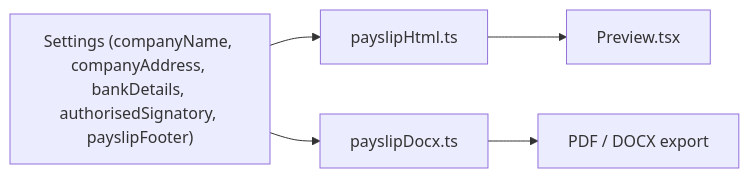
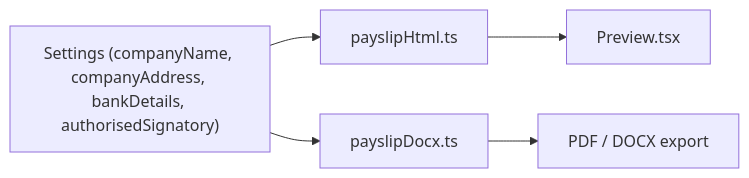
Before and after one commit to MdodoIng/salery-slip-generater: the eighth of 9 diagrams in .qoder/repowiki/en/content/UI Components/SettingsModal Component.md, drawn with Mermaid. The commit also changed other lines of this file and 19 other files, not shown here.

First line of the commit message:
docs(payslip): add bank salary deduction and dated entries support

````diff
--- a/.qoder/repowiki/en/content/UI Components/SettingsModal Component.md
+++ b/.qoder/repowiki/en/content/UI Components/SettingsModal Component.md
@@ -382,7 +378,7 @@
 ```mermaid
 graph LR
-Settings["Settings (companyName, companyAddress, bankDetails, authorisedSignatory, payslipFooter)"] --> Html["payslipHtml.ts"]
+Settings["Settings (companyName, companyAddress, bankDetails, authorisedSignatory)"] --> Html["payslipHtml.ts"]
 Settings --> Docx["payslipDocx.ts"]
 Html --> Preview["Preview.tsx"]
 Docx --> Export["PDF / DOCX export"]
 ```
````
